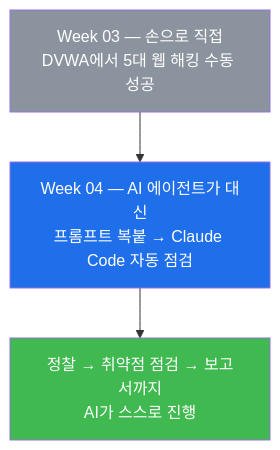
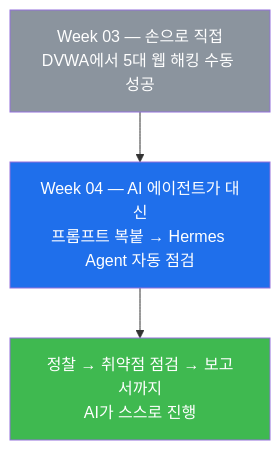
The ninth of 9 diagrams in contents/training/lecture_week03.md (mrgrit/easy_web_hacking_class), drawn with Mermaid before and after one commit. The commit also changed other lines of this file and 68 other files, not shown here.

````diff
--- a/contents/training/lecture_week03.md
+++ b/contents/training/lecture_week03.md
@@ -711,10 +731,10 @@
 ```mermaid
 graph TD
     W03["Week 03 — 손으로 직접<br/>DVWA에서 5대 웹 해킹 수동 성공"]
-    W04["Week 04 — AI 에이전트가 대신<br/>프롬프트 복붙 → Claude Code 자동 점검"]
+    W04["Week 04 — AI 에이전트가 대신<br/>프롬프트 복붙 → Hermes Agent 자동 점검"]
     NEXT["정찰 → 취약점 점검 → 보고서까지<br/>AI가 스스로 진행"]
     W03 --> W04 --> NEXT
     style W03 fill:#8b949e,color:#fff
     style W04 fill:#1f6feb,color:#fff
     style NEXT fill:#3fb950,color:#fff
 ```
````
